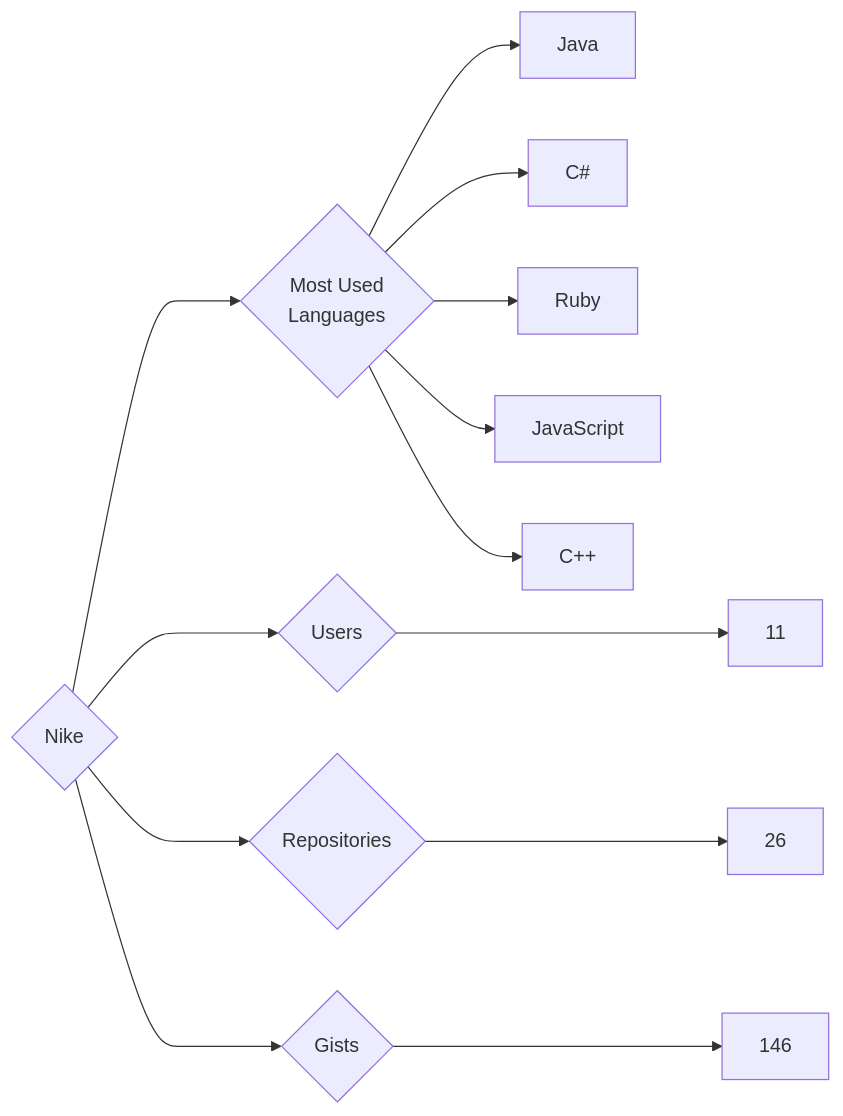
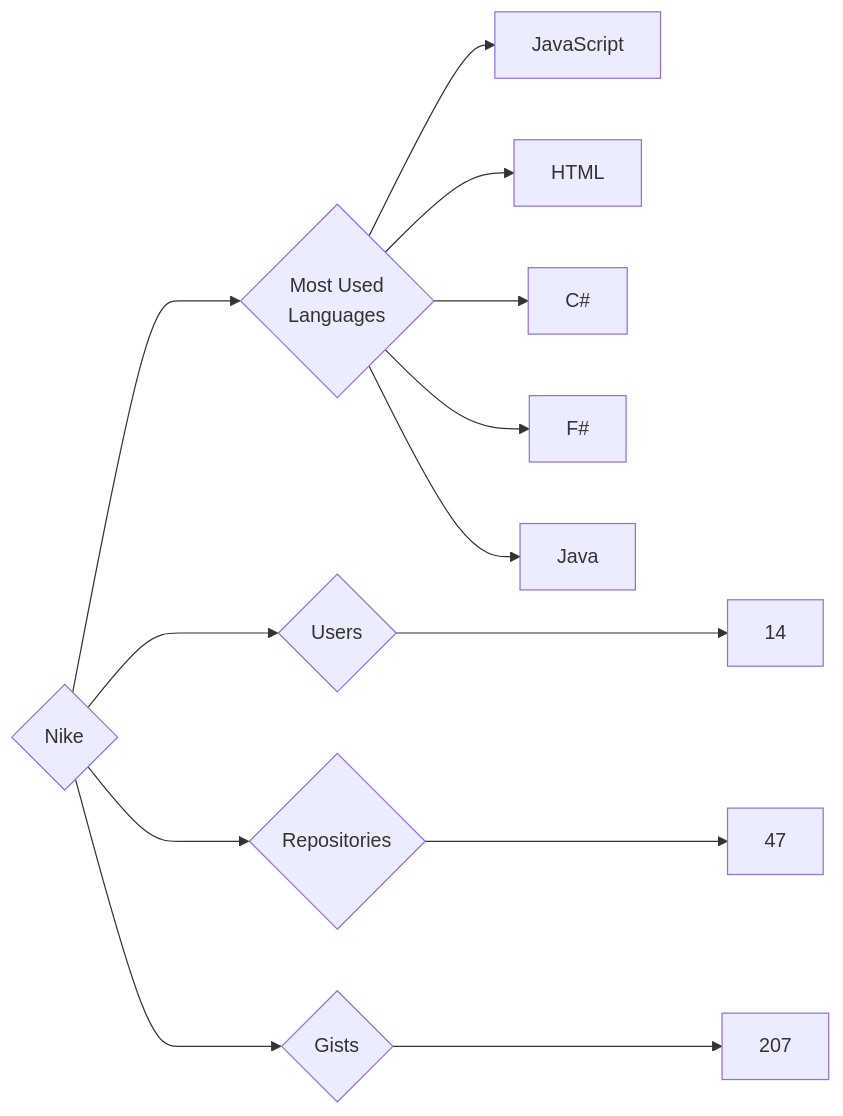
The diagram in targets/Nike/README.md (trickest/insiders), drawn with Mermaid before and after one commit. The commit also changed 969 other files, not shown here.

````diff
--- a/targets/Nike/README.md
+++ b/targets/Nike/README.md
@@ -3,13 +3,13 @@
 ```mermaid
 graph LR
 COMPANY_NAME{Nike}
-COMPANY_NAME ---> U{Users} ---> UN[11]
-COMPANY_NAME ---> R{Repositories} ---> RN[26]
-COMPANY_NAME ---> G{Gists} ---> GN[146]
+COMPANY_NAME ---> U{Users} ---> UN[14]
+COMPANY_NAME ---> R{Repositories} ---> RN[47]
+COMPANY_NAME ---> G{Gists} ---> GN[207]
 COMPANY_NAME ---> ML{Most Used<br>Languages}
+ML --> JavaScript[JavaScript]
+ML --> HTML[HTML]
+ML --> C#[C#]
+ML --> F#[F#]
 ML --> Java[Java]
-ML --> C#[C#]
-ML --> Ruby[Ruby]
-ML --> JavaScript[JavaScript]
-ML --> C++[C++]
 ```
````
